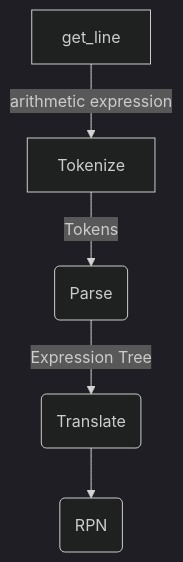
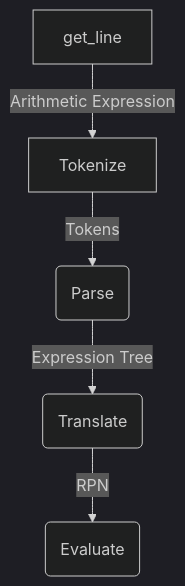
Before and after one commit to St-Maxwell/sum_type_practice_cpp: the diagram in readme.md, drawn with Mermaid (dark theme). The commit also changed other lines of this file, not shown here.

````diff
--- a/readme.md
+++ b/readme.md
@@ -13,7 +17,7 @@
 ```mermaid
 flowchart TD
-    A[get_line] --> |arithmetic expression| B[Tokenize]
+    A[get_line] --> |Arithmetic Expression| B[Tokenize]
     B --> |Tokens| C(Parse)
     C --> |Expression Tree| D(Translate)
-    D --> E(RPN)
+    D --> |RPN| E(Evaluate)
 ```
````
